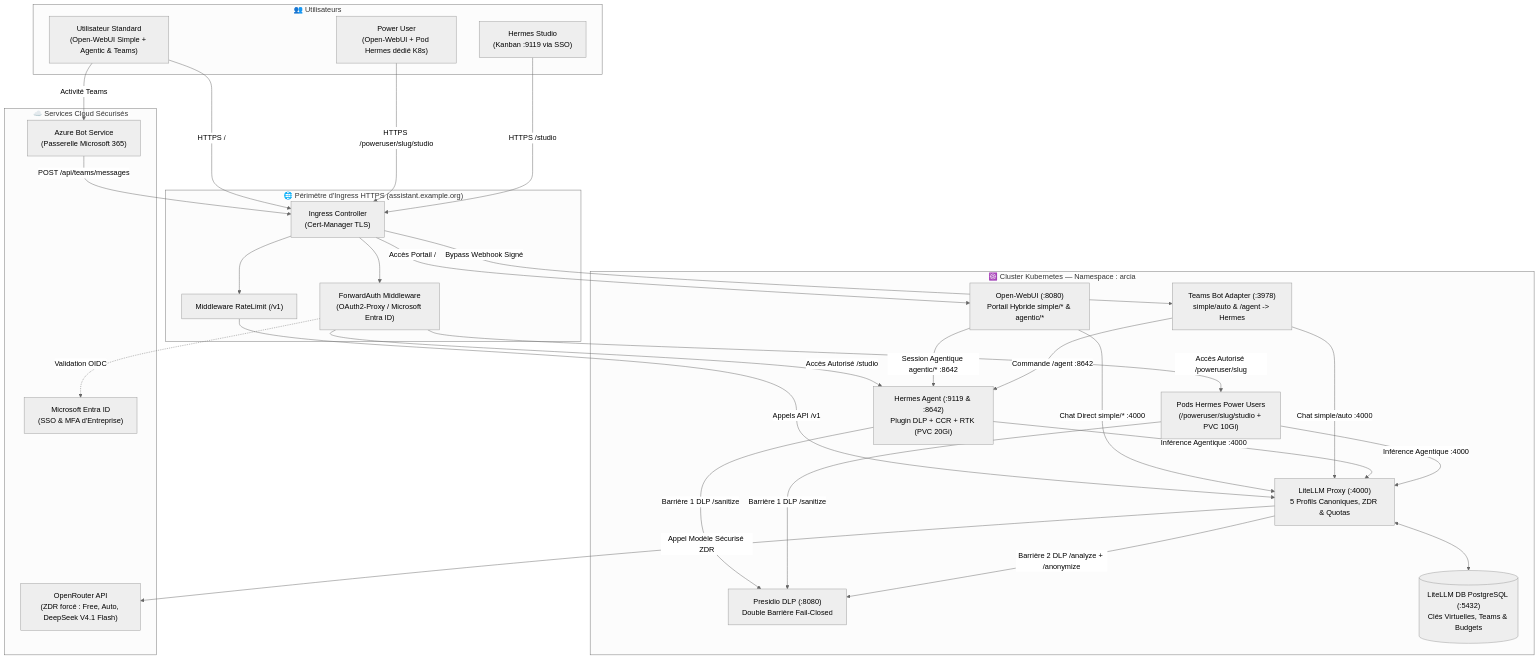
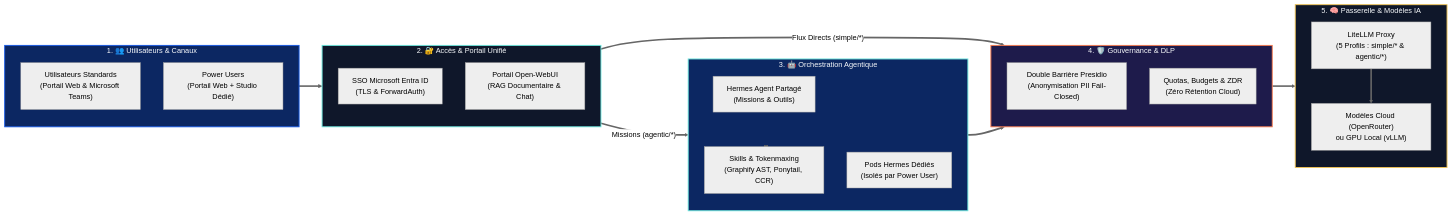
The diagram in README.md (nicolastheuil/ArcIA), drawn with Mermaid (neutral theme) before and after one commit. The commit also changed other lines of this file and 24 other files, not shown here.

Commit message:
feat(v0.4): add zero-downtime update center & homepage presentation in wizard, simplify root macro-architecture diagram, and polish all 22 READMEs

````diff
--- a/README.md
+++ b/README.md
@@ -88,61 +88,47 @@
 ```mermaid
-flowchart TD
-    subgraph Clients ["👥 Utilisateurs"]
-        StdUser["Utilisateur Standard<br/>(Open-WebUI Simple + Agentic & Teams)"]
-        PowerUser["Power User<br/>(Open-WebUI + Pod Hermes dédié K8s)"]
-        HermesDesk["Hermes Studio<br/>(Kanban :9119 via SSO)"]
+flowchart LR
+    subgraph Users ["1. 👥 Utilisateurs & Canaux"]
+        direction TB
+        U1["Utilisateurs Standards<br/>(Portail Web & Microsoft Teams)"]
+        U2["Power Users<br/>(Portail Web + Studio Dédié)"]
     end
 
-    subgraph IngressLayer ["🌐 Périmètre d'Ingress HTTPS (assistant.example.org)"]
-        Traefik["Ingress Controller<br/>(Cert-Manager TLS)"]
-        ForwardAuth["ForwardAuth Middleware<br/>(OAuth2-Proxy / Microsoft Entra ID)"]
-        RateLimit["Middleware RateLimit (/v1)"]
+    subgraph Access ["2. 🔐 Accès & Portail Unifié"]
+        direction TB
+        SSO["SSO Microsoft Entra ID<br/>(TLS & ForwardAuth)"]
+        WebUI["Portail Open-WebUI<br/>(RAG Documentaire & Chat)"]
     end
 
-    subgraph ArcIANamespace ["☸️ Cluster Kubernetes — Namespace : arcia"]
-        WebUI["Open-WebUI (:8080)<br/>Portail Hybride simple/* & agentic/*"]
-        TeamsBot["Teams Bot Adapter (:3978)<br/>simple/auto & /agent -> Hermes"]
-        HermesAgent["Hermes Agent (:9119 & :8642)<br/>Plugin DLP + CCR + RTK (PVC 20Gi)"]
-        HermesPU["Pods Hermes Power Users<br/>(/poweruser/slug/studio + PVC 10Gi)"]
-        PresidioDLP["Presidio DLP (:8080)<br/>Double Barrière Fail-Closed"]
-        LiteLLM["LiteLLM Proxy (:4000)<br/>5 Profils Canoniques, ZDR & Quotas"]
-        LiteLLMDB[("LiteLLM DB PostgreSQL (:5432)<br/>Clés Virtuelles, Teams & Budgets")]
+    subgraph Orchestration ["3. 🤖 Orchestration Agentique"]
+        direction TB
+        HermesShared["Hermes Agent Partagé<br/>(Missions & Outils)"]
+        HermesDedicated["Pods Hermes Dédiés<br/>(Isolés par Power User)"]
+        Skills["Skills & Tokenmaxing<br/>(Graphify AST, Ponytail, CCR)"]
     end
 
-    subgraph CloudLayer ["☁️ Services Cloud Sécurisés"]
-        OpenRouter["OpenRouter API<br/>(ZDR forcé : Free, Auto, DeepSeek V4.1 Flash)"]
-        EntraID["Microsoft Entra ID<br/>(SSO & MFA d'Entreprise)"]
-        AzureBot["Azure Bot Service<br/>(Passerelle Microsoft 365)"]
+    subgraph Shield ["4. 🛡️ Gouvernance & DLP"]
+        direction TB
+        Presidio["Double Barrière Presidio<br/>(Anonymisation PII Fail-Closed)"]
+        Audit["Quotas, Budgets & ZDR<br/>(Zéro Rétention Cloud)"]
     end
 
-    StdUser -->|HTTPS /| Traefik
-    PowerUser -->|HTTPS /poweruser/slug/studio| Traefik
-    HermesDesk -->|HTTPS /studio| Traefik
-    StdUser -->|Activité Teams| AzureBot
-    AzureBot -->|POST /api/teams/messages| Traefik
+    subgraph Inference ["5. 🧠 Passerelle & Modèles IA"]
+        direction TB
+        LiteLLM["LiteLLM Proxy<br/>(5 Profils : simple/* & agentic/*)"]
+        Models["Modèles Cloud (OpenRouter)<br/>ou GPU Local (vLLM)"]
+    end
 
-    Traefik --> ForwardAuth
-    ForwardAuth -.->|Validation OIDC| EntraID
-    ForwardAuth -->|Accès Autorisé /studio| HermesAgent
-    ForwardAuth -->|Accès Autorisé /poweruser/slug| HermesPU
+    Users ==> Access
+    Access ==>|"Flux Directs (simple/*)"| Shield
+    Access ==>|"Missions (agentic/*)"| Orchestration
+    Orchestration <==> Skills
+    Orchestration ==> Shield
+    Shield ==> Inference
+    LiteLLM ==> Models
 
-    Traefik --> RateLimit
-    RateLimit -->|Appels API /v1| LiteLLM
-
-    Traefik -->|Accès Portail /| WebUI
-    Traefik -->|Bypass Webhook Signé| TeamsBot
-
-    WebUI -->|Chat Direct simple/* :4000| LiteLLM
-    WebUI -->|Session Agentique agentic/* :8642| HermesAgent
-    TeamsBot -->|Chat simple/auto :4000| LiteLLM
-    TeamsBot -->|Commande /agent :8642| HermesAgent
-
-    HermesAgent -->|Barrière 1 DLP /sanitize| PresidioDLP
-    HermesAgent -->|Inférence Agentique :4000| LiteLLM
-    HermesPU -->|Barrière 1 DLP /sanitize| PresidioDLP
-    HermesPU -->|Inférence Agentique :4000| LiteLLM
-
-    LiteLLM <--> LiteLLMDB
-    LiteLLM -->|Barrière 2 DLP /analyze + /anonymize| PresidioDLP
-    LiteLLM -->|Appel Modèle Sécurisé ZDR| OpenRouter
+    style Users fill:#0C2762,stroke:#1659E4,stroke-width:2px,color:#F8FAFC
+    style Access fill:#0F172A,stroke:#6BE7DD,stroke-width:2px,color:#F8FAFC
+    style Orchestration fill:#0C2762,stroke:#6BE7DD,stroke-width:2px,color:#F8FAFC
+    style Shield fill:#1E1B4B,stroke:#FA7B4E,stroke-width:2px,color:#F8FAFC
+    style Inference fill:#0F172A,stroke:#F1C557,stroke-width:2px,color:#F8FAFC
 ```
````
